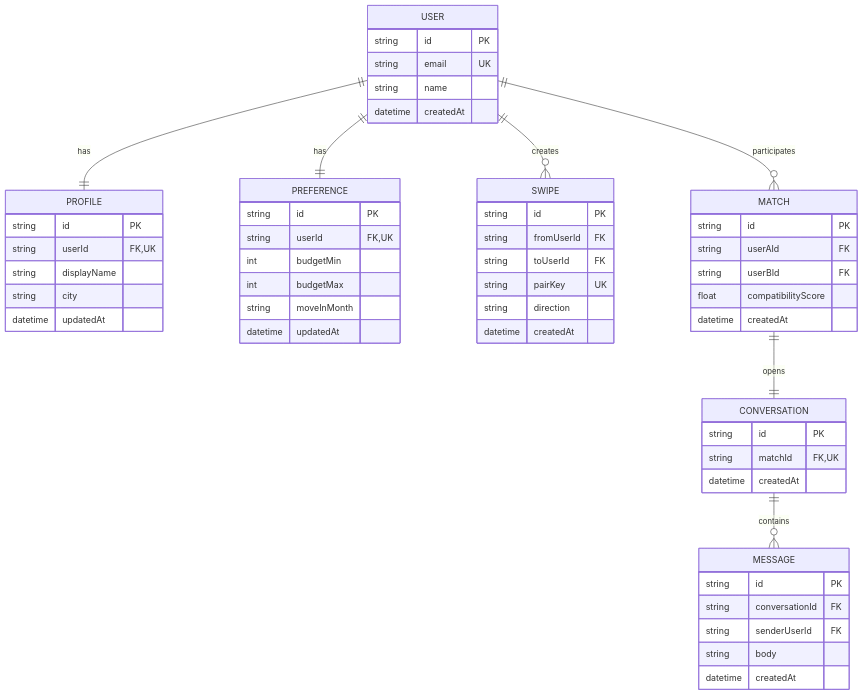
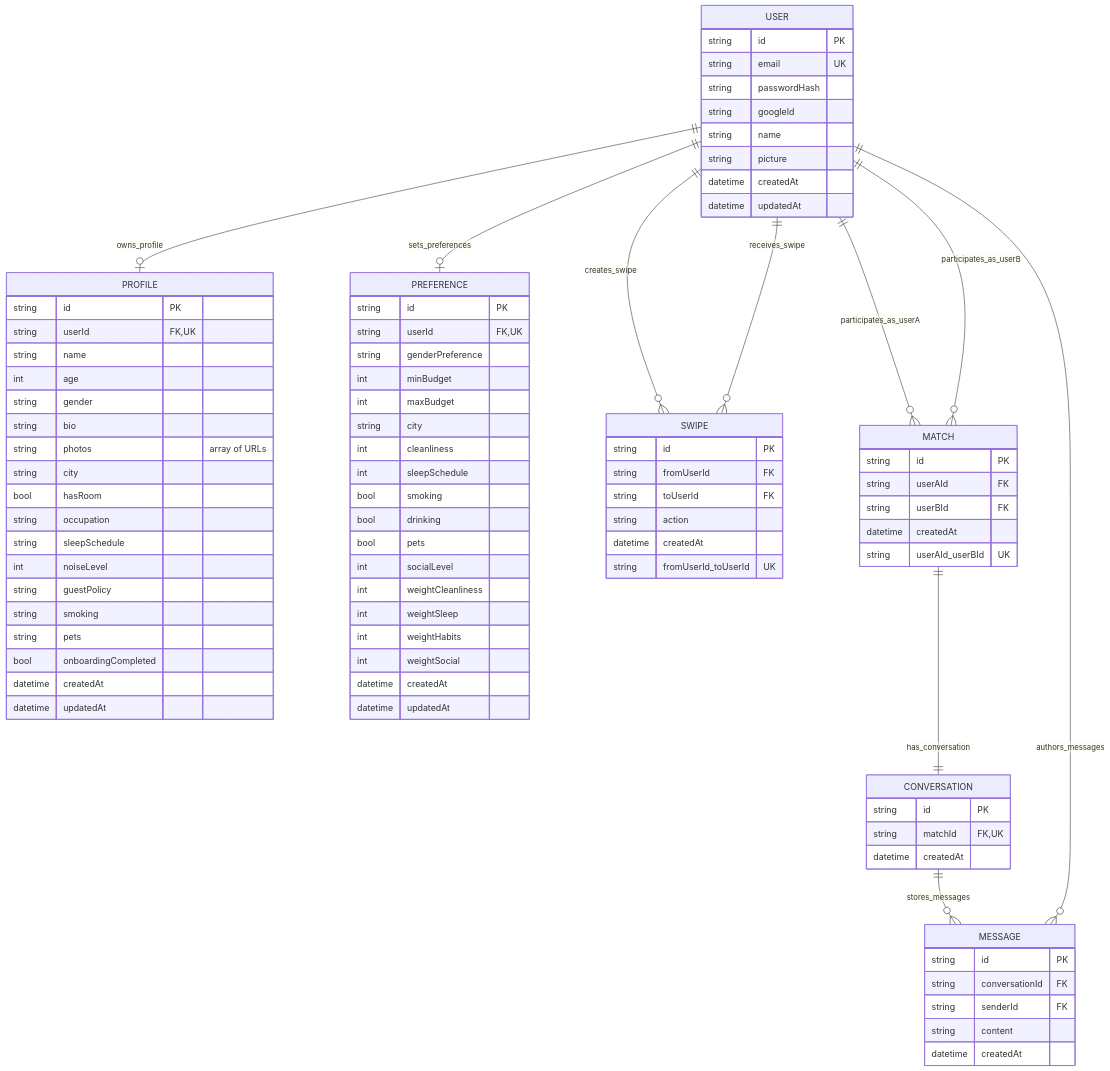
One commit to mitul-bhatia/Vibes changed the diagram in diagrams/src/06-erd-diagram.mmd. Above: the diagram before and after it, drawn with Mermaid. The commit also changed 31 other files, not shown here.

```diff
--- a/diagrams/src/06-erd-diagram.mmd
+++ b/diagrams/src/06-erd-diagram.mmd
@@ -1,62 +1,94 @@
 erDiagram
-  USER ||--|| PROFILE : has
-  USER ||--|| PREFERENCE : has
-  USER ||--o{ SWIPE : creates
-  USER ||--o{ MATCH : participates
-  MATCH ||--|| CONVERSATION : opens
-  CONVERSATION ||--o{ MESSAGE : contains
+  USER ||--o| PROFILE : owns_profile
+  USER ||--o| PREFERENCE : sets_preferences
+  USER ||--o{ SWIPE : creates_swipe
+  USER ||--o{ SWIPE : receives_swipe
+  USER ||--o{ MATCH : participates_as_userA
+  USER ||--o{ MATCH : participates_as_userB
+  MATCH ||--|| CONVERSATION : has_conversation
+  CONVERSATION ||--o{ MESSAGE : stores_messages
+  USER ||--o{ MESSAGE : authors_messages
 
   USER {
     string id PK
     string email UK
+    string passwordHash
+    string googleId
     string name
+    string picture
     datetime createdAt
+    datetime updatedAt
   }
 
   PROFILE {
     string id PK
     string userId FK,UK
-    string displayName
+    string name
+    int age
+    string gender
+    string bio
+    string photos "array of URLs"
     string city
+    bool hasRoom
+    string occupation
+    string sleepSchedule
+    int noiseLevel
+    string guestPolicy
+    string smoking
+    string pets
+    bool onboardingCompleted
+    datetime createdAt
     datetime updatedAt
   }
 
   PREFERENCE {
     string id PK
     string userId FK,UK
-    int budgetMin
-    int budgetMax
-    string moveInMonth
+    string genderPreference
+    int minBudget
+    int maxBudget
+    string city
+    int cleanliness
+    int sleepSchedule
+    bool smoking
+    bool drinking
+    bool pets
+    int socialLevel
+    int weightCleanliness
+    int weightSleep
+    int weightHabits
+    int weightSocial
+    datetime createdAt
     datetime updatedAt
   }
 
   SWIPE {
     string id PK
     string fromUserId FK
     string toUserId FK
-    string pairKey UK
-    string direction
+    string action
     datetime createdAt
+    string fromUserId_toUserId UK
   }
 
   MATCH {
     string id PK
     string userAId FK
     string userBId FK
-    float compatibilityScore
     datetime createdAt
+    string userAId_userBId UK
   }
 
   CONVERSATION {
     string id PK
     string matchId FK,UK
     datetime createdAt
   }
 
   MESSAGE {
     string id PK
     string conversationId FK
-    string senderUserId FK
-    string body
+    string senderId FK
+    string content
     datetime createdAt
   }
```
